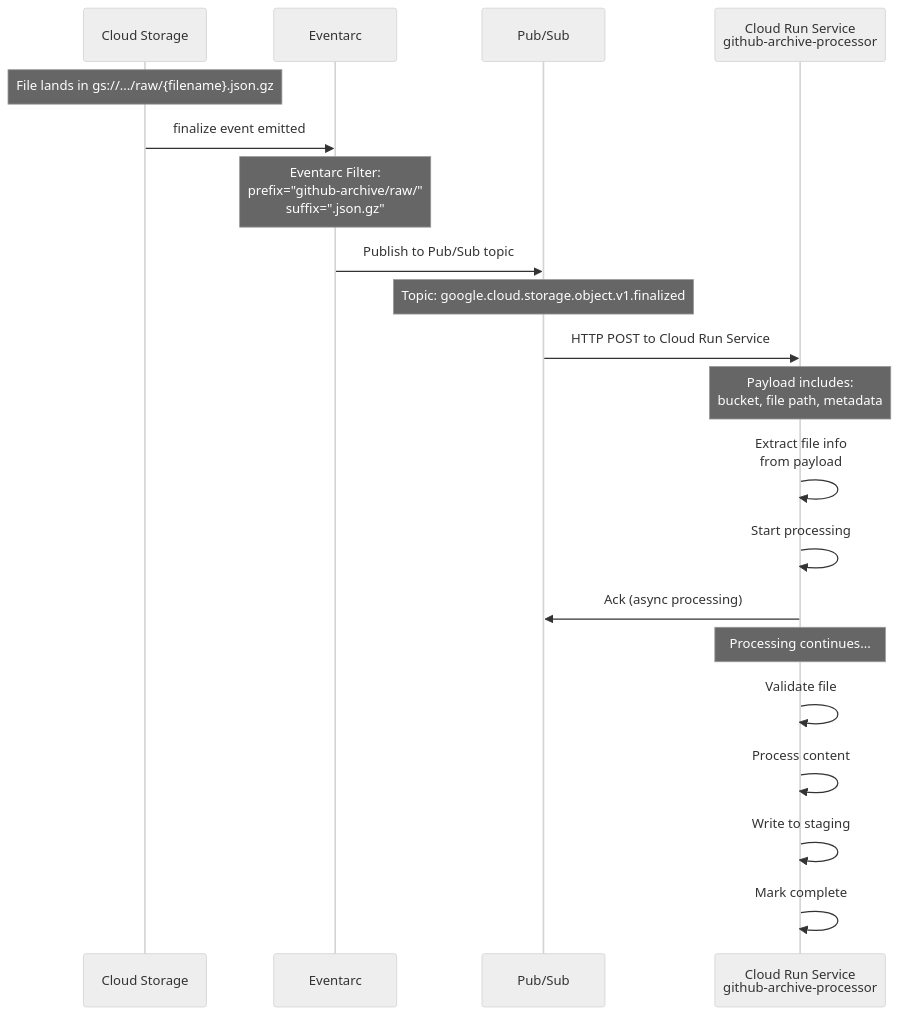
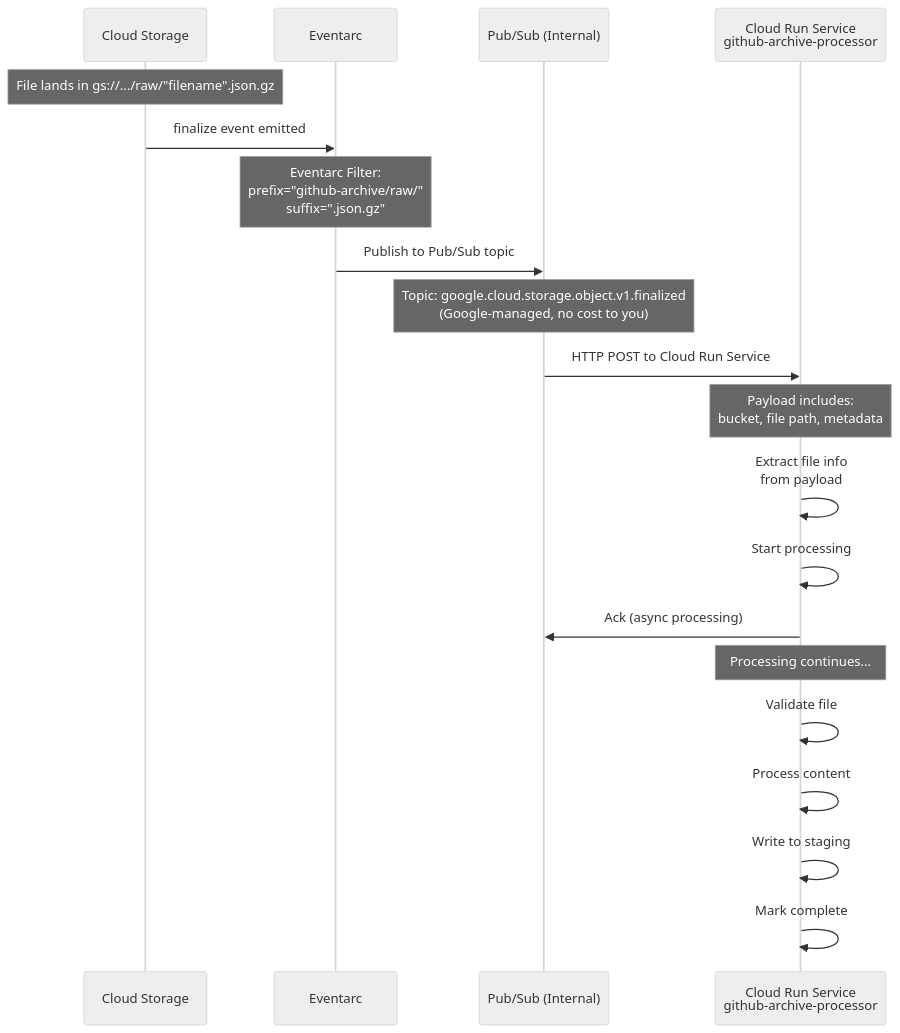
The diagram in design/github_archive/phase2_process_files/diagrams/02_eventarc_trigger.md (prateekpanjla-outlook/gcp_data_proc), drawn with Mermaid (neutral theme) before and after one commit. The commit also changed other lines of this file and 56 other files, not shown here.

````diff
--- a/design/github_archive/phase2_process_files/diagrams/02_eventarc_trigger.md
+++ b/design/github_archive/phase2_process_files/diagrams/02_eventarc_trigger.md
@@ -3,30 +3,30 @@
 ```mermaid
 sequenceDiagram
     participant S as Cloud Storage
     participant E as Eventarc
-    participant P as Pub/Sub
+    participant P as Pub/Sub (Internal)
     participant CR as Cloud Run Service<br>github-archive-processor
 
-    Note over S: File lands in gs://.../raw/{filename}.json.gz
+    Note over S: File lands in gs://.../raw/"filename".json.gz
     S->>E: finalize event emitted
 
     Note over E: Eventarc Filter:<br>prefix="github-archive/raw/"<br>suffix=".json.gz"
 
     E->>P: Publish to Pub/Sub topic
-    Note over P: Topic: google.cloud.storage.object.v1.finalized
+    Note over P: Topic: google.cloud.storage.object.v1.finalized<br>(Google-managed, no cost to you)
 
     P->>CR: HTTP POST to Cloud Run Service
     Note over CR: Payload includes:<br>bucket, file path, metadata
 
     CR->>CR: Extract file info<br>from payload
     CR->>CR: Start processing
 
     CR->>P: Ack (async processing)
 
     Note over CR: Processing continues...
 
     CR->>CR: Validate file
     CR->>CR: Process content
     CR->>CR: Write to staging
     CR->>CR: Mark complete
 ```
````
